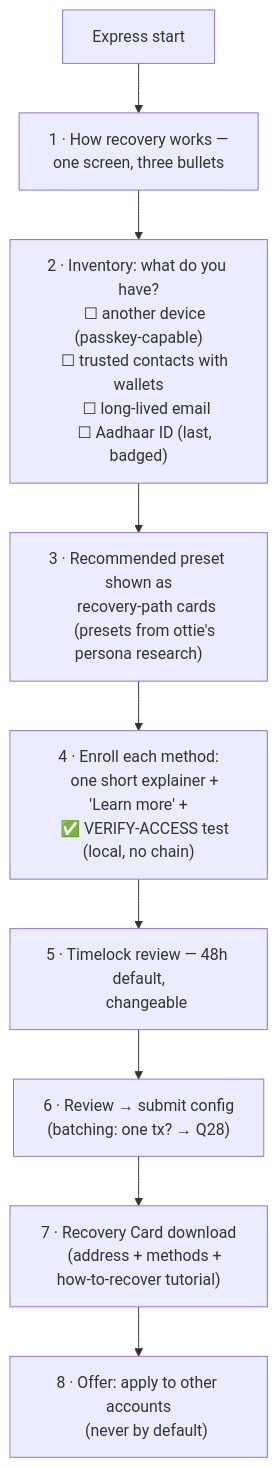
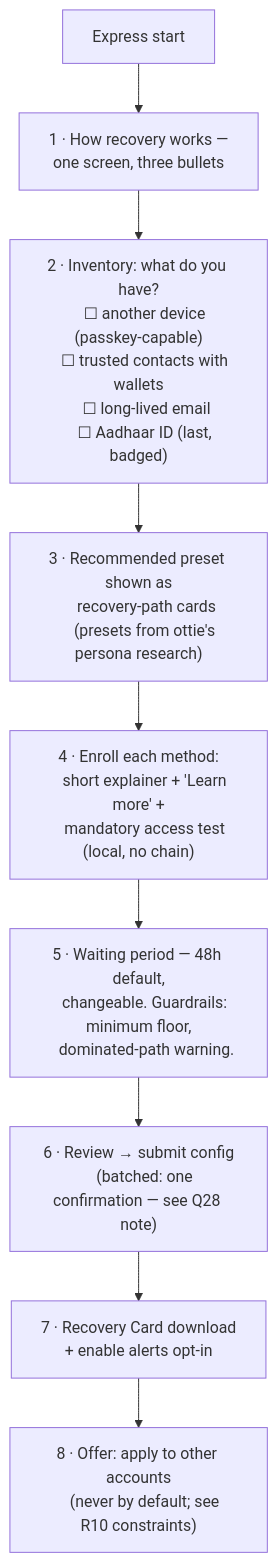
One commit to FiboAtWonder/kohaku-extension changed the fourth of 10 diagrams in social-recovery-ux-flows.md. Above: the diagram before and after it, drawn with Mermaid. The commit also changed other lines of this file, not shown here.

Commit message:
docs: apply approved 6-perspective review fixes to social recovery UX flows

````diff
--- a/social-recovery-ux-flows.md
+++ b/social-recovery-ux-flows.md
@@ -120,24 +136,25 @@
 ```mermaid
 flowchart TD
     A[Express start] --> B["1 · How recovery works —
     one screen, three bullets"]
     B --> C["2 · Inventory: what do you have?
     ☐ another device (passkey-capable)
     ☐ trusted contacts with wallets
     ☐ long-lived email
     ☐ Aadhaar ID (last, badged)"]
     C --> D["3 · Recommended preset shown as
     recovery-path cards
     (presets from ottie's persona research)"]
     D --> E["4 · Enroll each method:
-    one short explainer + 'Learn more' +
-    ✅ VERIFY-ACCESS test (local, no chain)"]
-    E --> F["5 · Timelock review — 48h default,
-    changeable"]
+    short explainer + 'Learn more' +
+    mandatory access test (local, no chain)"]
+    E --> F["5 · Waiting period — 48h default,
+    changeable. Guardrails: minimum floor,
+    dominated-path warning."]
     F --> G["6 · Review → submit config
-    (batching: one tx? → Q28)"]
+    (batched: one confirmation — see Q28 note)"]
     G --> H["7 · Recovery Card download
-    (address + methods + how-to-recover tutorial)"]
+    + enable alerts opt-in"]
     H --> I["8 · Offer: apply to other accounts
-    (never by default)"]
+    (never by default; see R10 constraints)"]
 ```
````
